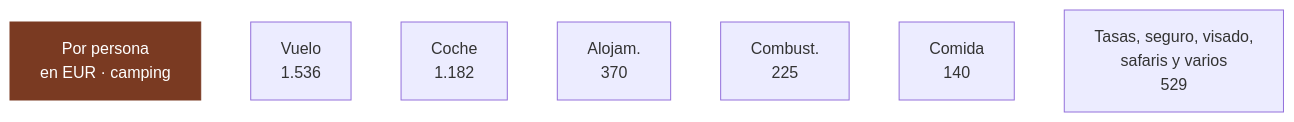
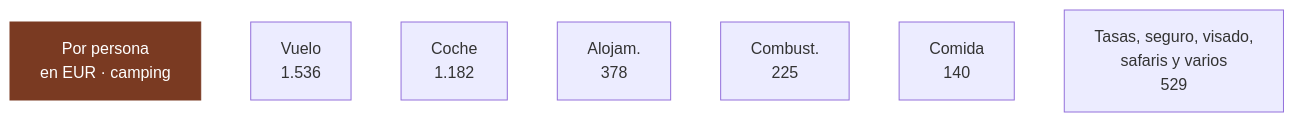
Before and after one commit to morandeirachema/namibia: the seventh of 8 diagrams in 02-presupuesto.md, drawn with Mermaid. The commit also changed other lines of this file and 29 other files, not shown here.

````diff
--- a/02-presupuesto.md
+++ b/02-presupuesto.md
@@ -521,17 +567,17 @@
 ```mermaid
 flowchart LR
     T["Por persona<br/>en EUR · camping"]
     n0["Vuelo<br/>1.536"]
     n1["Coche<br/>1.182"]
-    n2["Alojam.<br/>370"]
+    n2["Alojam.<br/>378"]
     n3["Combust.<br/>225"]
     n4["Comida<br/>140"]
     n5["Tasas, seguro, visado,<br/>safaris y varios<br/>529"]
     T ~~~ n0
     n0 ~~~ n1
     n1 ~~~ n2
     n2 ~~~ n3
     n3 ~~~ n4
     n4 ~~~ n5
     style T fill:#7a3a22,color:#fff,stroke:#7a3a22
 ```
````
